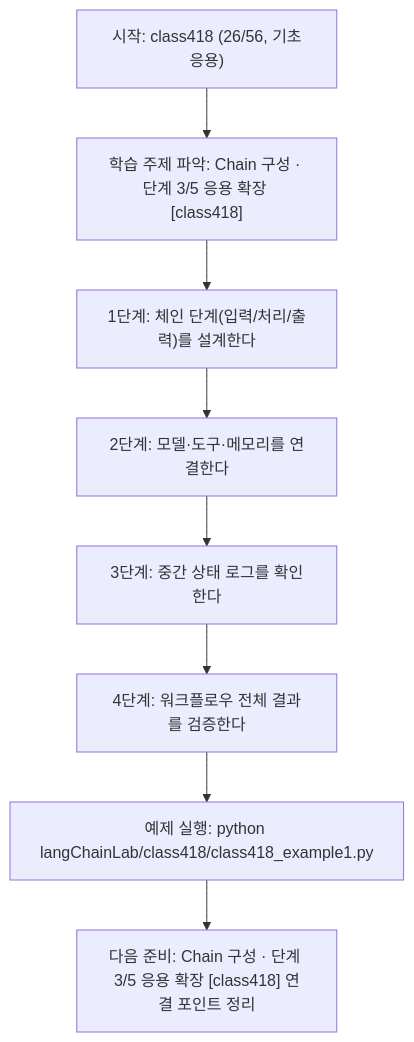
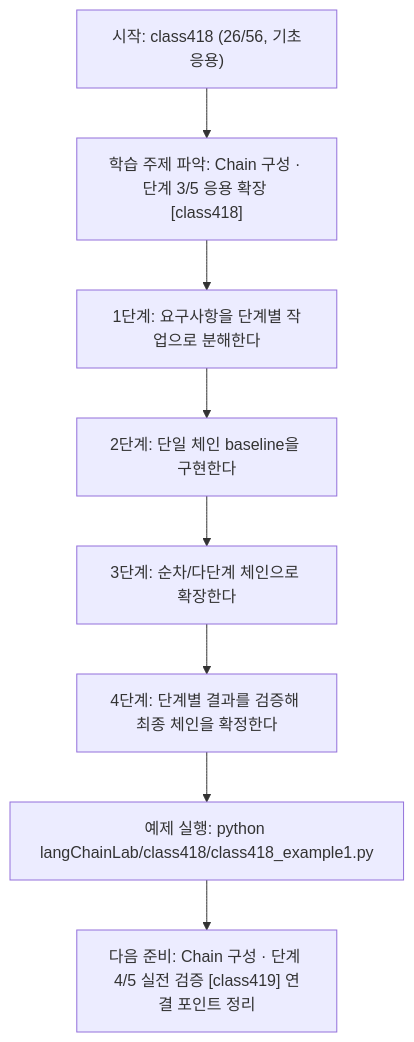
One commit to edumgt/Python-AI_Agent-Class changed the diagram in langChainLab/class418/class418.md. Above: the diagram before and after it, drawn with Mermaid. The commit also changed other lines of this file and 395 other files, not shown here.

````diff
--- a/langChainLab/class418/class418.md
+++ b/langChainLab/class418/class418.md
@@ -109,18 +91,18 @@
 ```mermaid
 flowchart TD
 N1["시작: class418 (26/56, 기초응용)"]
 N2["학습 주제 파악: Chain 구성 · 단계 3/5 응용 확장 [class418]"]
-N3["1단계: 체인 단계(입력/처리/출력)를 설계한다"]
-N4["2단계: 모델·도구·메모리를 연결한다"]
-N5["3단계: 중간 상태 로그를 확인한다"]
-N6["4단계: 워크플로우 전체 결과를 검증한다"]
+N3["1단계: 요구사항을 단계별 작업으로 분해한다"]
+N4["2단계: 단일 체인 baseline을 구현한다"]
+N5["3단계: 순차/다단계 체인으로 확장한다"]
+N6["4단계: 단계별 결과를 검증해 최종 체인을 확정한다"]
 N7["예제 실행: python langChainLab/class418/class418_example1.py"]
-N8["다음 준비: Chain 구성 · 단계 3/5 응용 확장 [class418] 연결 포인트 정리"]
+N8["다음 준비: Chain 구성 · 단계 4/5 실전 검증 [class419] 연결 포인트 정리"]
 N1 --> N2
 N2 --> N3
 N3 --> N4
 N4 --> N5
 N5 --> N6
 N6 --> N7
 N7 --> N8
 ```
````
